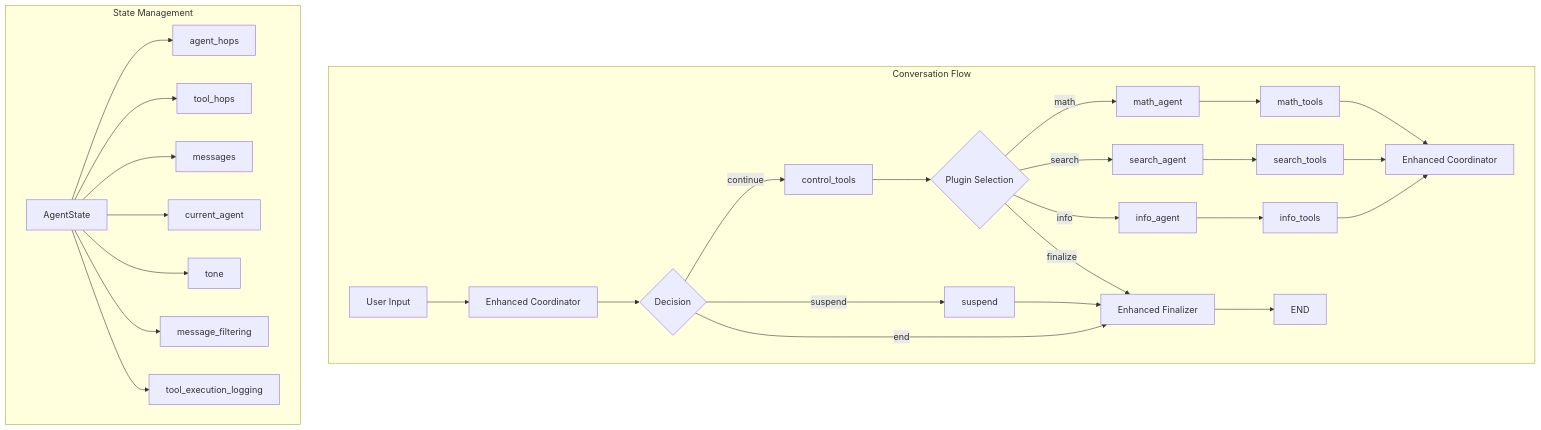
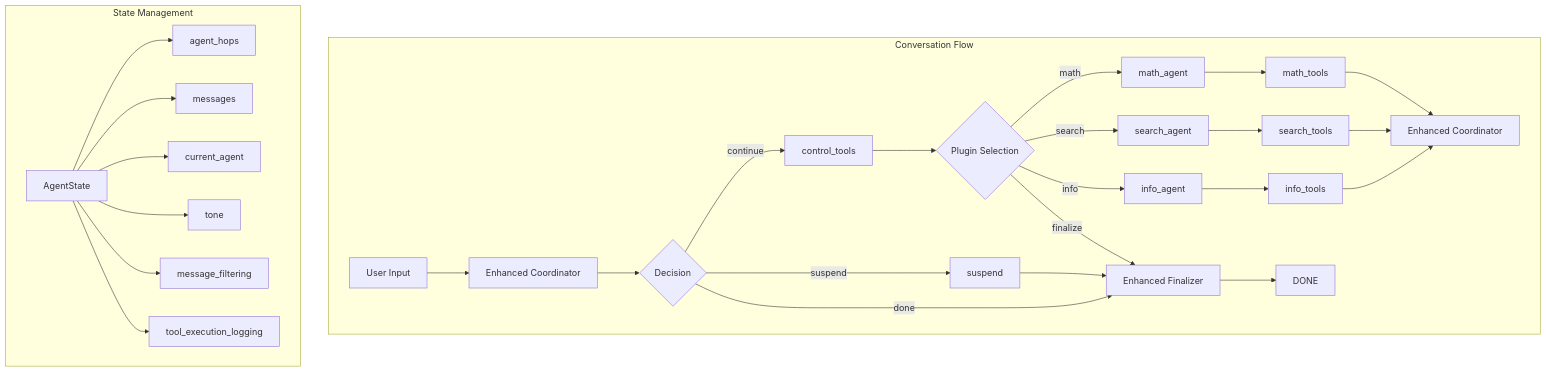
Before and after one commit to jonaskahn/cadence: the tenth of 19 diagrams in docs/concepts/langgraph-architecture.md, drawn with Mermaid. The commit also changed other lines of this file and 40 other files, not shown here.

````diff
--- a/docs/concepts/langgraph-architecture.md
+++ b/docs/concepts/langgraph-architecture.md
@@ -724,38 +746,37 @@
 ```mermaid
 graph TB
     subgraph "Conversation Flow"
         A[User Input] --> B[Enhanced Coordinator]
         B --> C{Decision}
         
         C -->|continue| D[control_tools]
         C -->|suspend| E[suspend]
-        C -->|end| K[Enhanced Finalizer]
+        C -->|done| K[Enhanced Finalizer]
         
         D --> G{Plugin Selection}
         G -->|math| H[math_agent]
         G -->|search| I[search_agent]
         G -->|info| J[info_agent]
         G -->|finalize| K
         
         H --> L[math_tools]
         I --> M[search_tools]
         J --> N[info_tools]
         
         L --> O[Enhanced Coordinator]
         M --> O
         N --> O
         
         E --> K
-        K --> F[END]
+        K --> F[DONE]
     end
     
     subgraph "State Management"
         P[AgentState] --> Q[agent_hops]
-        P --> R[tool_hops]
         P --> S[messages]
         P --> T[current_agent]
         P --> U[tone]
         P --> V[message_filtering]
         P --> W[tool_execution_logging]
     end
 ```
````
